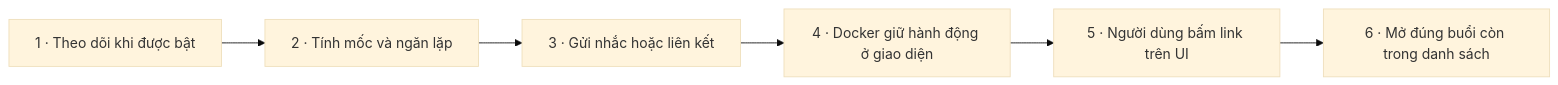
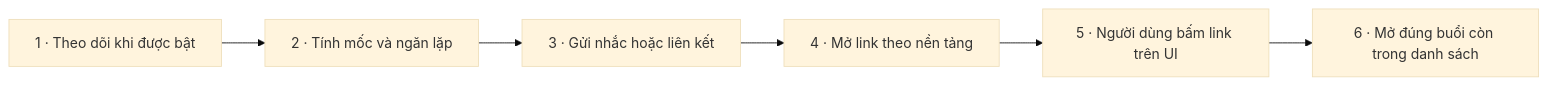
The eighth of 12 diagrams in docs/WORKFLOW.md (Thequancute215-sys/cun-zoom), drawn with Mermaid (base theme) before and after one commit. The commit also changed other lines of this file and 21 other files, not shown here.

````diff
--- a/docs/WORKFLOW.md
+++ b/docs/WORKFLOW.md
@@ -205,14 +241,14 @@
 ```mermaid
 flowchart LR
   s1["1 · Theo dõi khi được bật"]
   s2["2 · Tính mốc và ngăn lặp"]
   s1 --> s2
   s3["3 · Gửi nhắc hoặc liên kết"]
   s2 --> s3
-  s4["4 · Docker giữ hành động ở giao diện"]
+  s4["4 · Mở link theo nền tảng"]
   s3 --> s4
   s5["5 · Người dùng bấm link trên UI"]
   s4 --> s5
   s6["6 · Mở đúng buổi còn trong danh sách"]
   s5 --> s6
 ```
````
